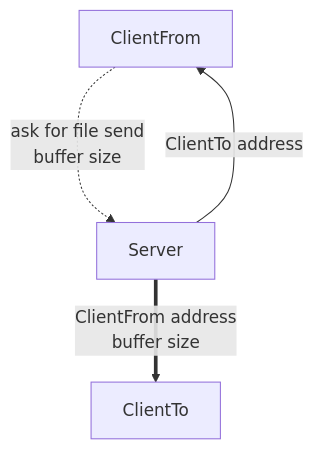
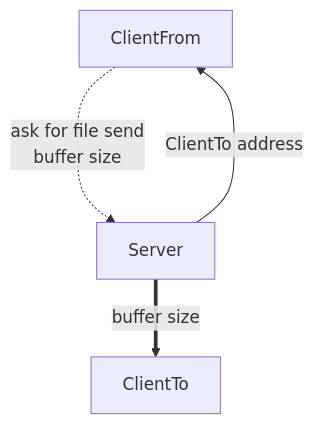
One commit to flurium/babble changed the first of 2 diagrams in docs/file-send-tcp.md. Above: the diagram before and after it, drawn with Mermaid. The commit also changed other lines of this file, not shown here.

````diff
--- a/docs/file-send-tcp.md
+++ b/docs/file-send-tcp.md
@@ -1,11 +1,11 @@
 ```mermaid
 graph TD;
     from[ClientFrom]
     to[ClientTo]
     server[Server]
     
     from -. ask for file send<br/>buffer size .-> server
-    server == ClientFrom address<br/>buffer size ==> to
+    server == buffer size ==> to
     server -- ClientTo address ---> from
     
 ```
````
